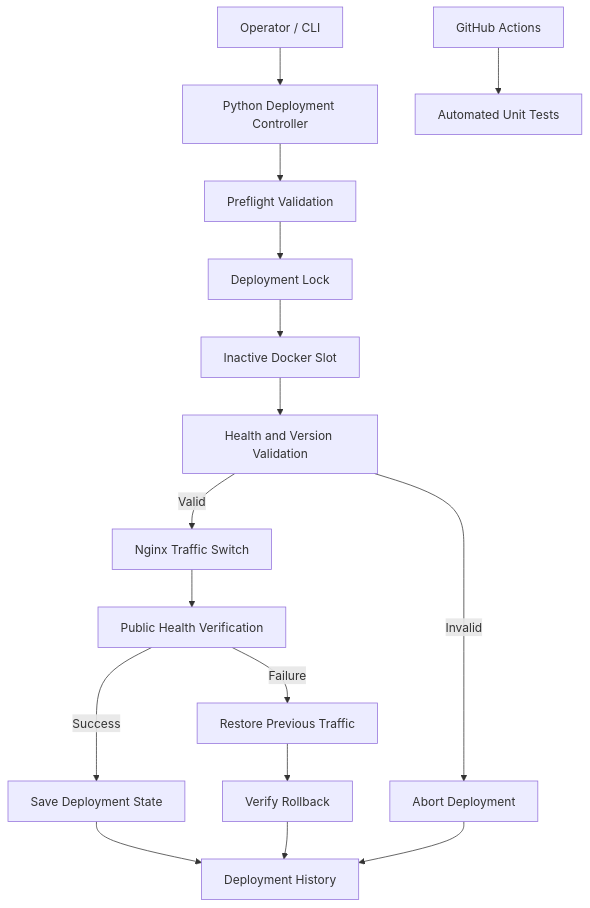
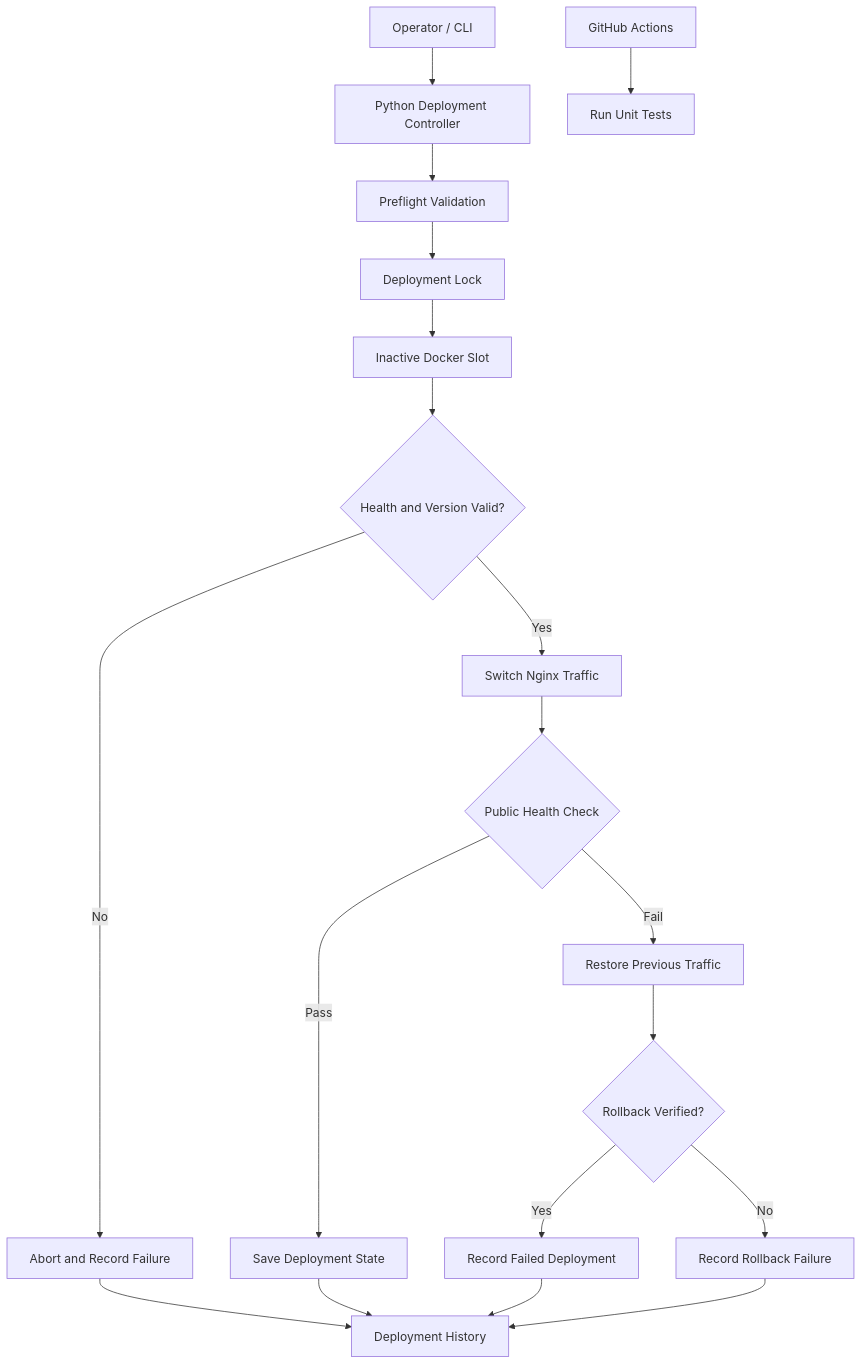
Before and after one commit to kartikay4577-xtreme/releaseguard: the diagram in README.md, drawn with Mermaid. The commit also changed other lines of this file, not shown here.

````diff
--- a/README.md
+++ b/README.md
@@ -16,18 +17,21 @@
 ```mermaid
 flowchart TD
     A[Operator / CLI] --> B[Python Deployment Controller]
     B --> C[Preflight Validation]
     C --> D[Deployment Lock]
     D --> E[Inactive Docker Slot]
-    E --> F[Health and Version Validation]
-    F -->|Valid| G[Nginx Traffic Switch]
-    G --> H[Public Health Verification]
-    H -->|Success| I[Save Deployment State]
-    H -->|Failure| J[Restore Previous Traffic]
-    F -->|Invalid| K[Abort Deployment]
-    J --> L[Verify Rollback]
-    I --> M[Deployment History]
-    K --> M
-    L --> M
-    N[GitHub Actions] --> O[Automated Unit Tests]
+    E --> F{Health and Version Valid?}
+    F -->|No| K[Abort and Record Failure]
+    F -->|Yes| G[Switch Nginx Traffic]
+    G --> H{Public Health Check}
+    H -->|Pass| I[Save Deployment State]
+    H -->|Fail| J[Restore Previous Traffic]
+    J --> L{Rollback Verified?}
+    L -->|Yes| M[Record Failed Deployment]
+    L -->|No| N[Record Rollback Failure]
+    I --> O[Deployment History]
+    K --> O
+    M --> O
+    N --> O
+    P[GitHub Actions] --> Q[Run Unit Tests]
 ```
````
